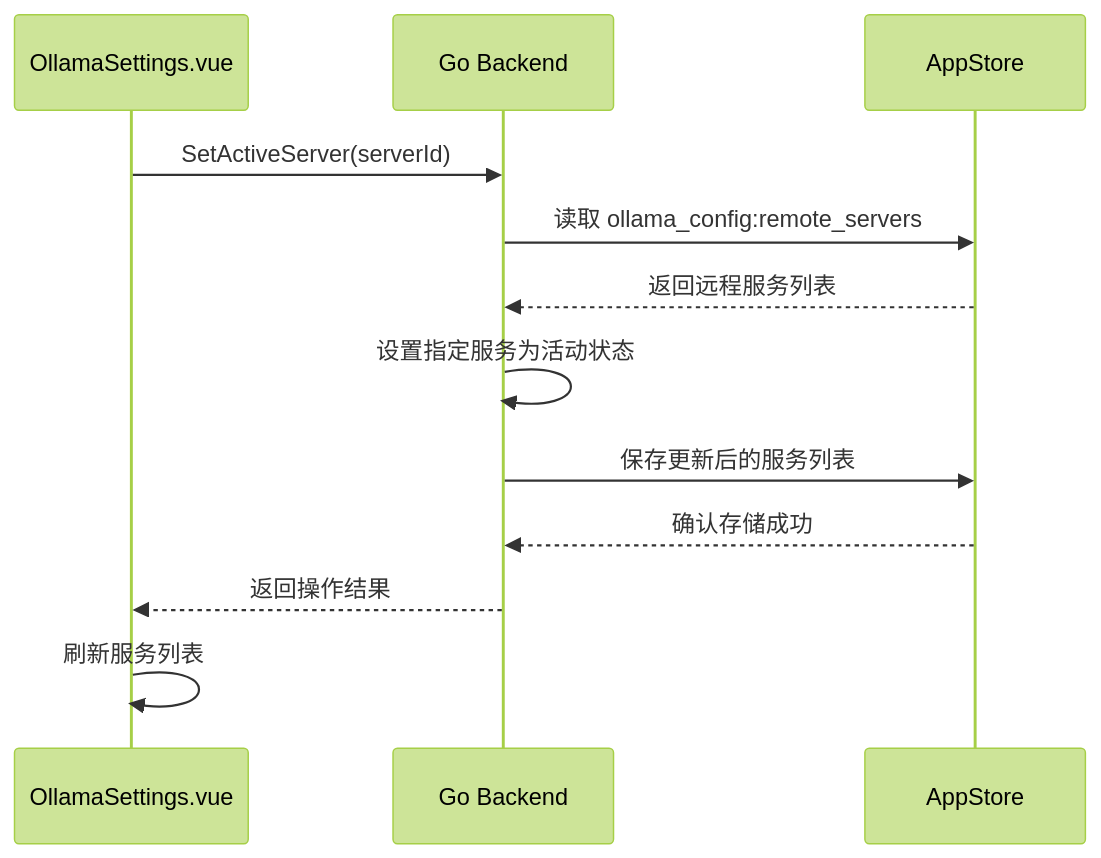
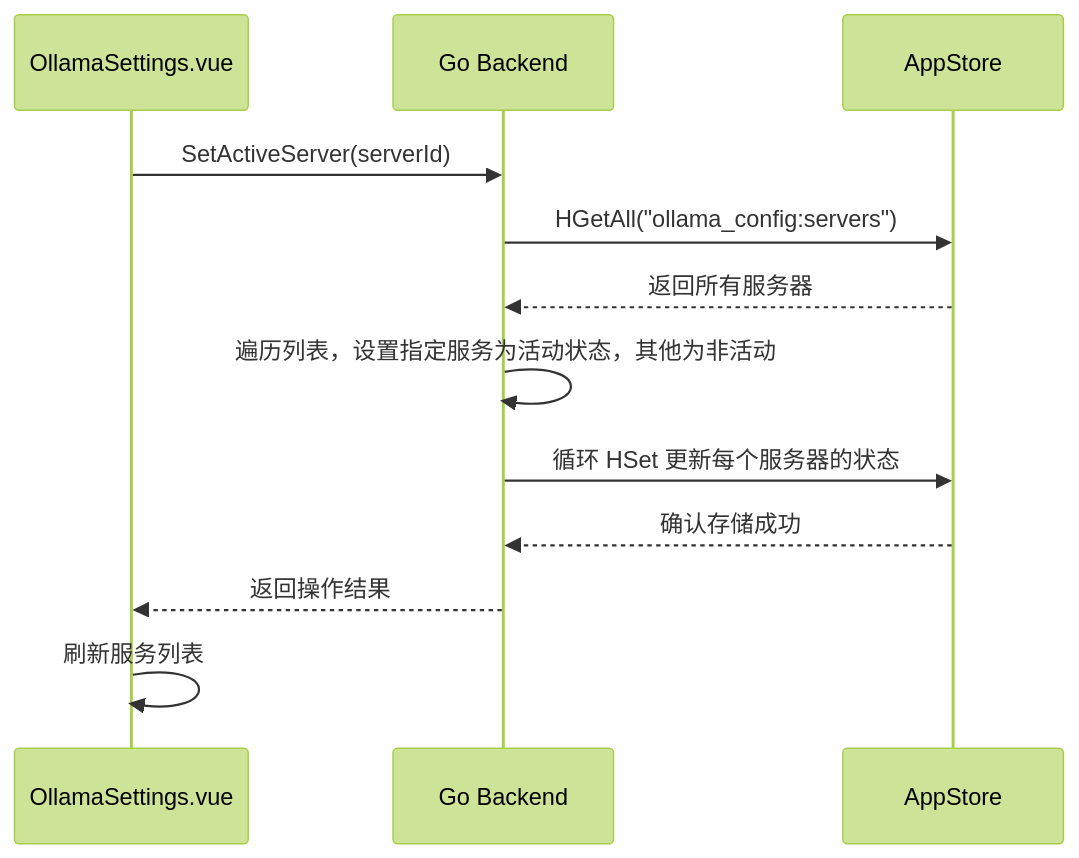
One commit to fzxs8/tools-ollama changed the third of 3 diagrams in docs/设计/ollama_settings/03.数据结构.md. Above: the diagram before and after it, drawn with Mermaid (forest theme). The commit also changed other lines of this file and 8 other files, not shown here.

````diff
--- a/docs/设计/ollama_settings/03.数据结构.md
+++ b/docs/设计/ollama_settings/03.数据结构.md
@@ -167,16 +122,16 @@
 ```mermaid
 sequenceDiagram
     participant Vue as OllamaSettings.vue
     participant Go as Go Backend
     participant Store as AppStore
     
     Vue->>Go: SetActiveServer(serverId)
-    Go->>Store: 读取 ollama_config:remote_servers
-    Store-->>Go: 返回远程服务列表
-    Go->>Go: 设置指定服务为活动状态
-    Go->>Store: 保存更新后的服务列表
+    Go->>Store: HGetAll("ollama_config:servers")
+    Store-->>Go: 返回所有服务器
+    Go->>Go: 遍历列表，设置指定服务为活动状态，其他为非活动
+    Go->>Store: 循环 HSet 更新每个服务器的状态
     Store-->>Go: 确认存储成功
     Go-->>Vue: 返回操作结果
     
     Vue->>Vue: 刷新服务列表
 ```
````
